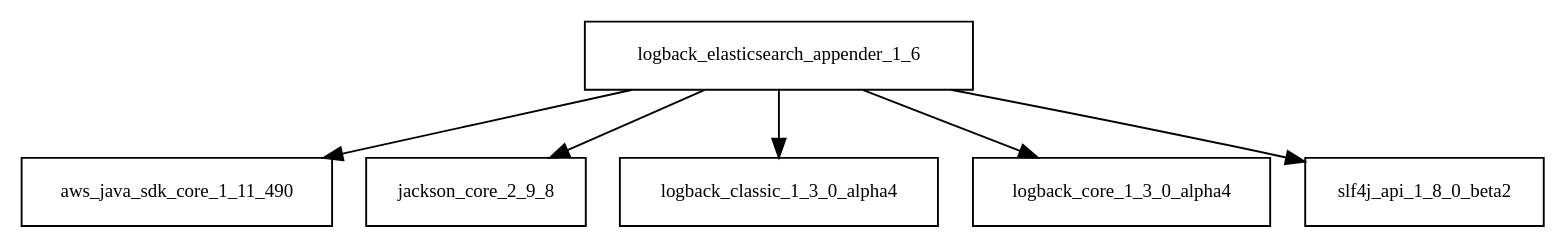
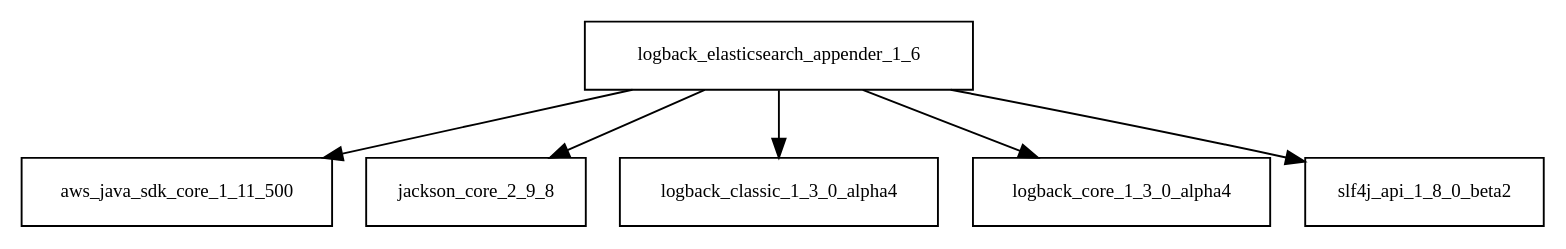
The diagram in tattleTaleReport/graphviz/logback-elasticsearch-appender-1.6.jar/logback-elasticsearch-appender-1.6.jar.dot (Hack23/cia), drawn with Graphviz before and after one commit. The commit also changed 2445 other files, not shown here.

```diff
--- a/tattleTaleReport/graphviz/logback-elasticsearch-appender-1.6.jar/logback-elasticsearch-appender-1.6.jar.dot
+++ b/tattleTaleReport/graphviz/logback-elasticsearch-appender-1.6.jar/logback-elasticsearch-appender-1.6.jar.dot
@@ -1,8 +1,8 @@
 digraph logback_elasticsearch_appender_1_6_dependencies {
   node [shape = box, fontsize=10.0];
-  logback_elasticsearch_appender_1_6 -> aws_java_sdk_core_1_11_490;
+  logback_elasticsearch_appender_1_6 -> aws_java_sdk_core_1_11_500;
   logback_elasticsearch_appender_1_6 -> jackson_core_2_9_8;
   logback_elasticsearch_appender_1_6 -> logback_classic_1_3_0_alpha4;
   logback_elasticsearch_appender_1_6 -> logback_core_1_3_0_alpha4;
   logback_elasticsearch_appender_1_6 -> slf4j_api_1_8_0_beta2;
 }
```
